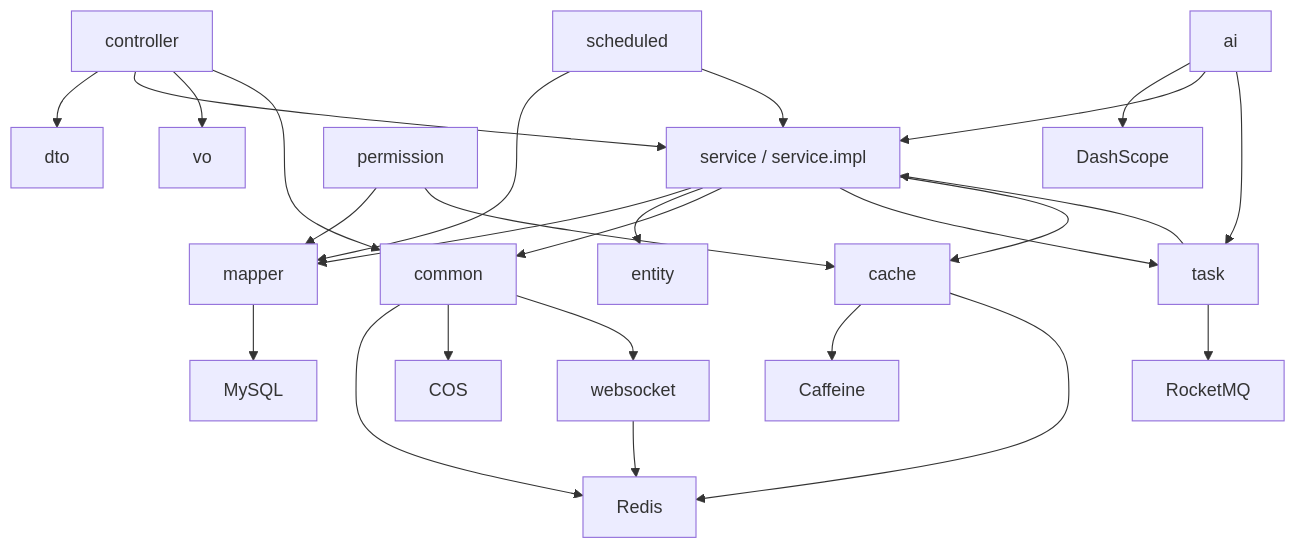
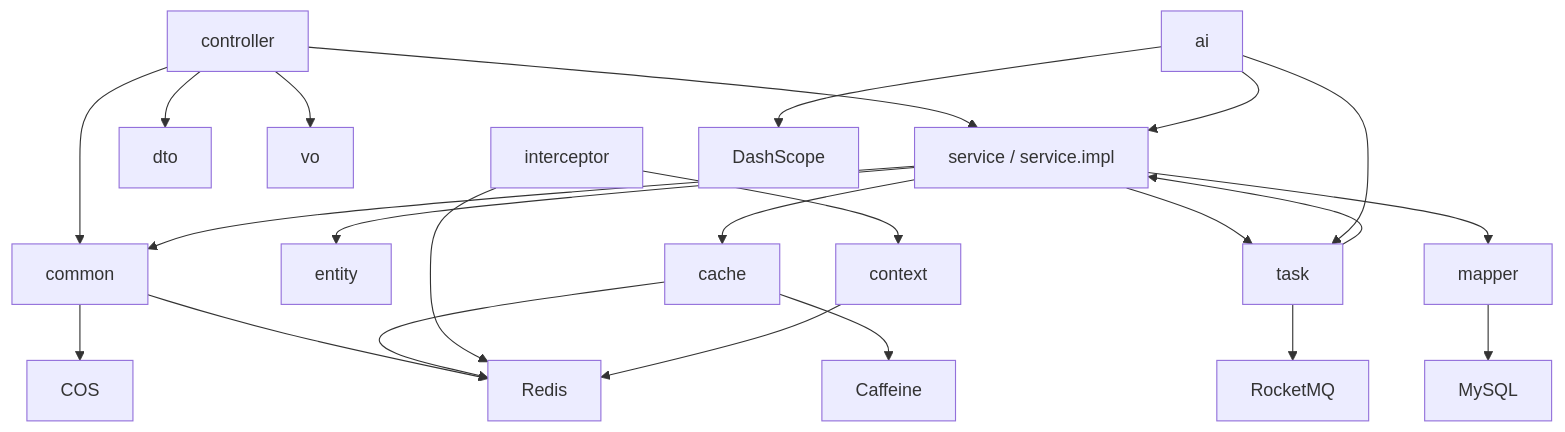
The eighth of 8 diagrams in model/uml_diagrams.md (FishDuM/AI.Image.Material.Collaboration.Platform), drawn with Mermaid before and after one commit. The commit also changed other lines of this file and 150 other files, not shown here.

Commit message:
缩略图、分享链接功能片上传。修复2处并发竞态，修复各链路上的bug,引入websocket和disruptor无锁队列实现团队空间协同编辑

````diff
--- a/model/uml_diagrams.md
+++ b/model/uml_diagrams.md
@@ -896,48 +728,44 @@
 ```mermaid
 flowchart TD
     Controller["controller"]
     Service["service / service.impl"]
     Mapper["mapper"]
     Entity["entity"]
     DTO["dto"]
     VO["vo"]
     Common["common"]
     Cache["cache"]
-    Scheduled["scheduled"]
     AI["ai"]
     Task["task"]
-    Permission["permission"]
-    WS["websocket"]
+    Context["context"]
+    Interceptor["interceptor"]
     DB["MySQL"]
     Redis["Redis"]
     Caffeine["Caffeine"]
     COS["COS"]
     DashScope["DashScope"]
     MQ["RocketMQ"]
 
     Controller --> DTO
     Controller --> Service
     Controller --> VO
     Controller --> Common
     Service --> Mapper
     Service --> Entity
     Service --> Common
     Service --> Task
     Service --> Cache
-    Permission --> Mapper
-    Permission --> Cache
     Mapper --> DB
     Common --> Redis
     Common --> COS
-    Common --> WS
     Cache --> Caffeine
     Cache --> Redis
     AI --> DashScope
     AI --> Service
     AI --> Task
-    Scheduled --> Mapper
-    Scheduled --> Service
     Task --> MQ
     Task --> Service
-    WS --> Redis
+    Interceptor --> Context
+    Interceptor --> Redis
+    Context --> Redis
 ```
````
